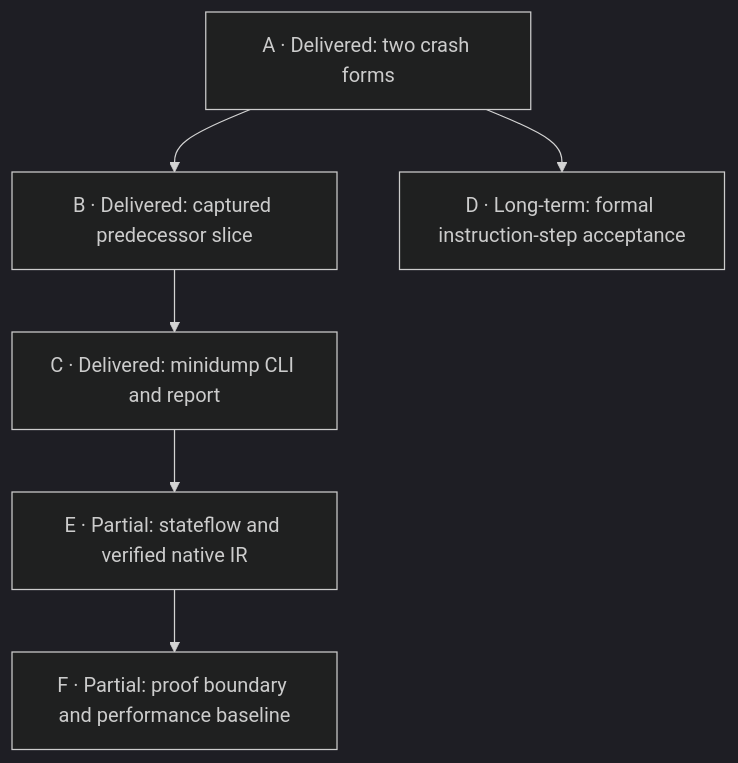
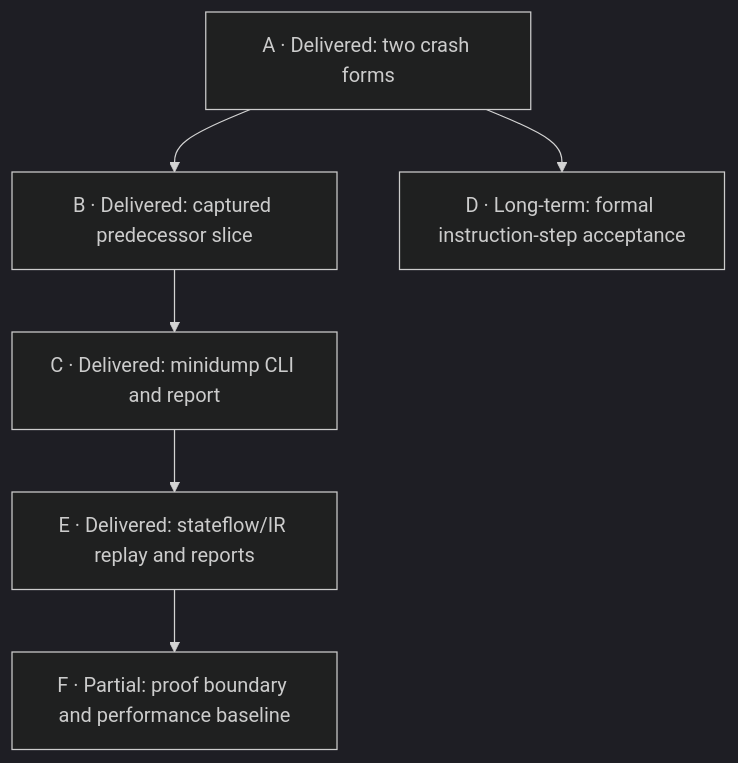
The diagram in docs/Ariadne/remaining-implementation-plan.md (NzSN/Ariadne), drawn with Mermaid (dark theme) before and after one commit. The commit also changed other lines of this file and 188 other files, not shown here.

First line of the commit message:
Complete Stage E replay and investigator reports

````diff
--- a/docs/Ariadne/remaining-implementation-plan.md
+++ b/docs/Ariadne/remaining-implementation-plan.md
@@ -42,8 +42,8 @@
 ```mermaid
 flowchart TD
     A["A · Delivered: two crash forms"] --> B["B · Delivered: captured predecessor slice"]
     B --> C["C · Delivered: minidump CLI and report"]
     A --> D["D · Long-term: formal instruction-step acceptance"]
-    C --> E["E · Partial: stateflow and verified native IR"]
+    C --> E["E · Delivered: stateflow/IR replay and reports"]
     E --> F["F · Partial: proof boundary and performance baseline"]
 ```
````
